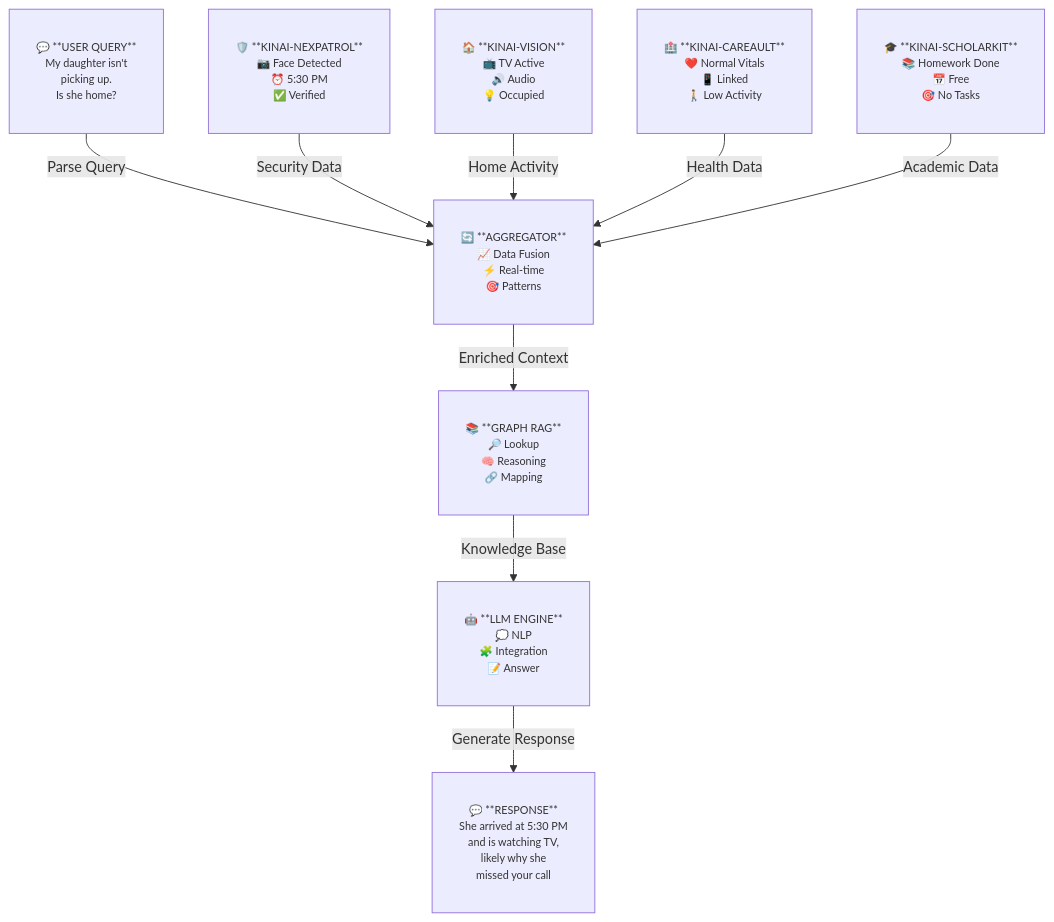
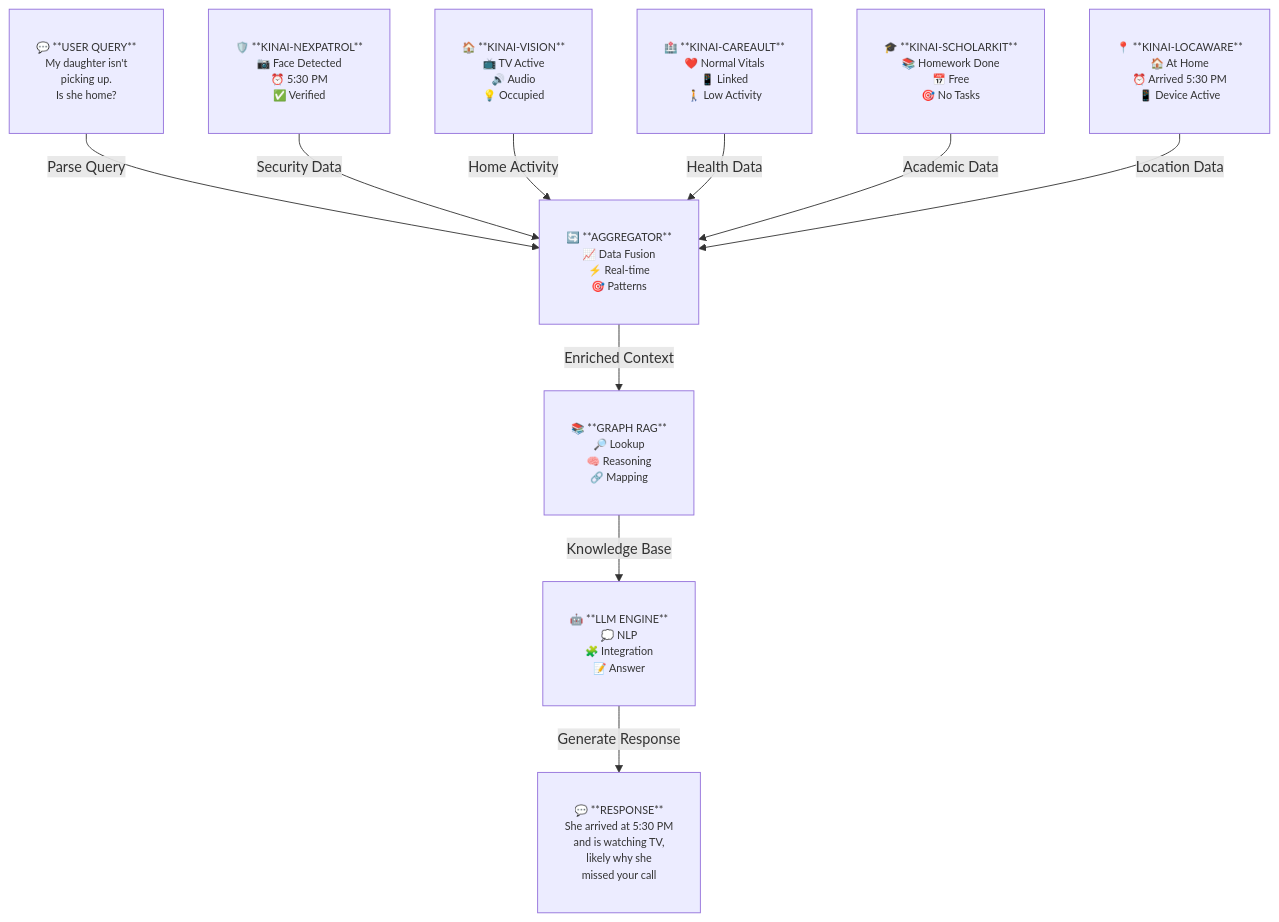
The second of 7 diagrams in README.md (Logulokesh/KinAI-Ecosystem), drawn with Mermaid before and after one commit. The commit also changed other lines of this file, not shown here.

````diff
--- a/README.md
+++ b/README.md
@@ -160,34 +160,36 @@
 ```mermaid
 graph TD
     %% Top: Natural Language Query
     QUERY["💬 **USER QUERY**<br/>My daughter isn't<br/>picking up.<br/>Is she home?"]
 
     %% Second Level: Data Sources
     NEXPATROL["🛡️ **KINAI-NEXPATROL**<br/>📷 Face Detected<br/>⏰ 5:30 PM<br/>✅ Verified"]
     VISION["🏠 **KINAI-VISION**<br/>📺 TV Active<br/>🔊 Audio<br/>💡 Occupied"]
     CAREVAULT["🏥 **KINAI-CAREAULT**<br/>❤️ Normal Vitals<br/>📱 Linked<br/>🚶 Low Activity"]
     SCHOLARKIT["🎓 **KINAI-SCHOLARKIT**<br/>📚 Homework Done<br/>📅 Free<br/>🎯 No Tasks"]
+    LOCAWARE["📍 **KINAI-LOCAWARE**<br/>🏠 At Home<br/>⏰ Arrived 5:30 PM<br/>📱 Device Active"]
 
     %% Third Level: AI Processing
     CONTEXT["🔄 **AGGREGATOR**<br/>📈 Data Fusion<br/>⚡ Real-time<br/>🎯 Patterns"]
     RAG["📚 **GRAPH RAG**<br/>🔎 Lookup<br/>🧠 Reasoning<br/>🔗 Mapping"]
     LLM["🤖 **LLM ENGINE**<br/>💭 NLP<br/>🧩 Integration<br/>📝 Answer"]
 
     %% Bottom: Response
     RESPONSE["💬 **RESPONSE**<br/>She arrived at 5:30 PM<br/>and is watching TV,<br/>likely why she<br/>missed your call"]
 
     %% Flow Connections
     QUERY -->|"Parse Query"| CONTEXT
     NEXPATROL -->|"Security Data"| CONTEXT
     VISION -->|"Home Activity"| CONTEXT
     CAREVAULT -->|"Health Data"| CONTEXT
     SCHOLARKIT -->|"Academic Data"| CONTEXT
+    LOCAWARE -->|"Location Data"| CONTEXT
     CONTEXT -->|"Enriched Context"| RAG
     RAG -->|"Knowledge Base"| LLM
     LLM -->|"Generate Response"| RESPONSE
 
     %% Node style
     classDef nodeStyle padding:10px, font-size:12px, text-align:center, white-space:pre-wrap;
-    class QUERY,NEXPATROL,VISION,CAREVAULT,SCHOLARKIT,CONTEXT,RAG,LLM,RESPONSE nodeStyle;
+    class QUERY,NEXPATROL,VISION,CAREVAULT,SCHOLARKIT,LOCAWARE,CONTEXT,RAG,LLM,RESPONSE nodeStyle;
 
 ```
````
